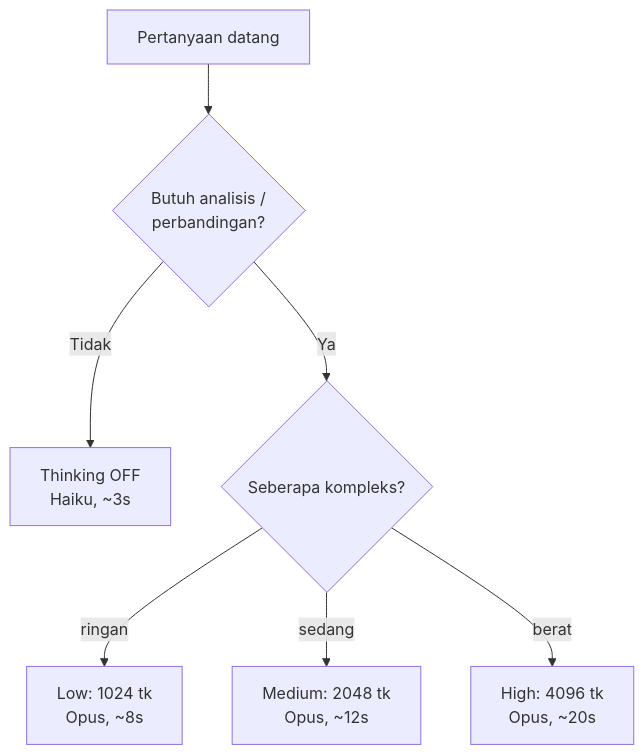
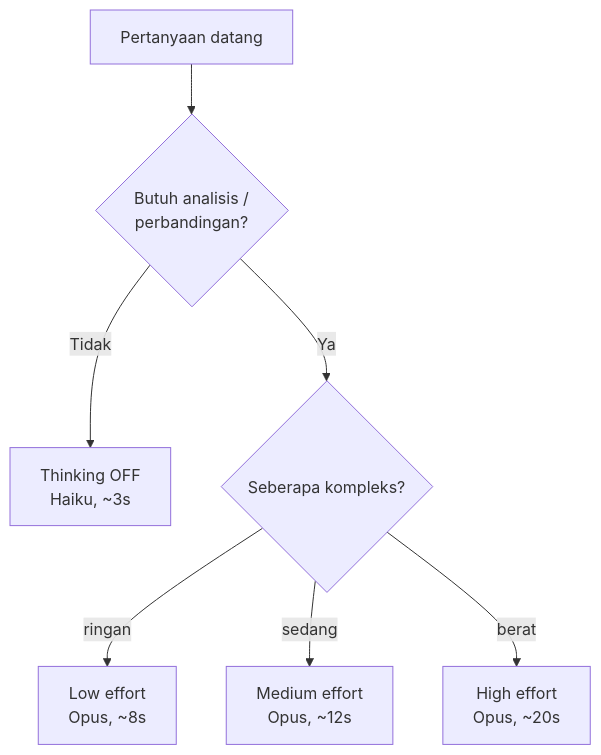
The sixth of 8 diagrams in Day 3 - System Prompt Engineering/Module-04-Content-Generation/materi.md (githubna-ilham/AI_Claude), drawn with Mermaid before and after one commit. The commit also changed other lines of this file and 7 other files, not shown here.

````diff
--- a/Day 3 - System Prompt Engineering/Module-04-Content-Generation/materi.md
+++ b/Day 3 - System Prompt Engineering/Module-04-Content-Generation/materi.md
@@ -420,17 +422,17 @@
 ```mermaid
 flowchart TD
     Q["Pertanyaan datang"]
     D1{"Butuh analisis /<br/>perbandingan?"}
     Off["Thinking OFF<br/>Haiku, ~3s"]
     D2{"Seberapa kompleks?"}
-    Low["Low: 1024 tk<br/>Opus, ~8s"]
-    Med["Medium: 2048 tk<br/>Opus, ~12s"]
-    High["High: 4096 tk<br/>Opus, ~20s"]
+    Low["Low effort<br/>Opus, ~8s"]
+    Med["Medium effort<br/>Opus, ~12s"]
+    High["High effort<br/>Opus, ~20s"]
 
     Q --> D1
     D1 -- Tidak --> Off
     D1 -- Ya --> D2
     D2 -- ringan --> Low
     D2 -- sedang --> Med
     D2 -- berat --> High
 ```
````
